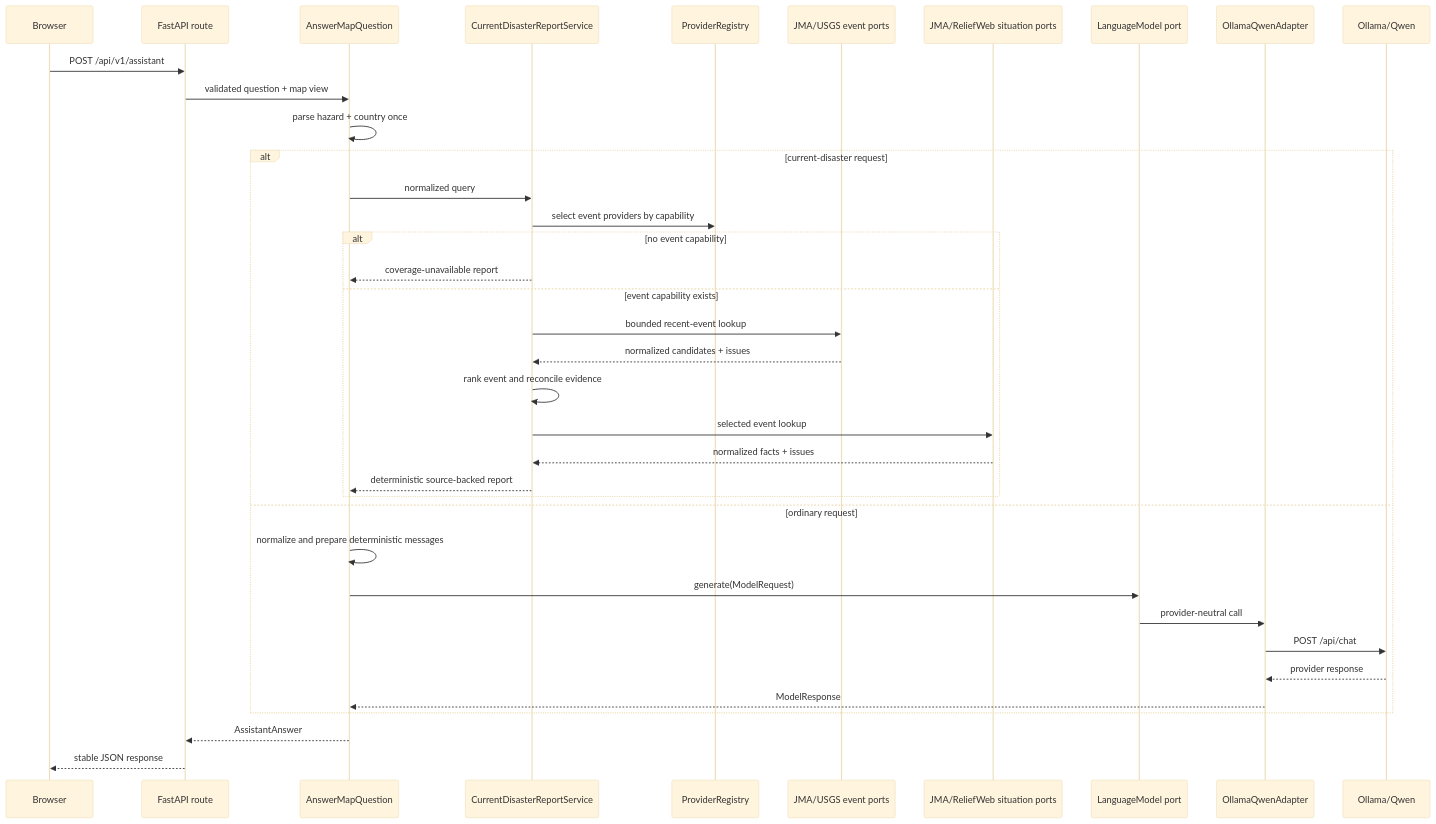
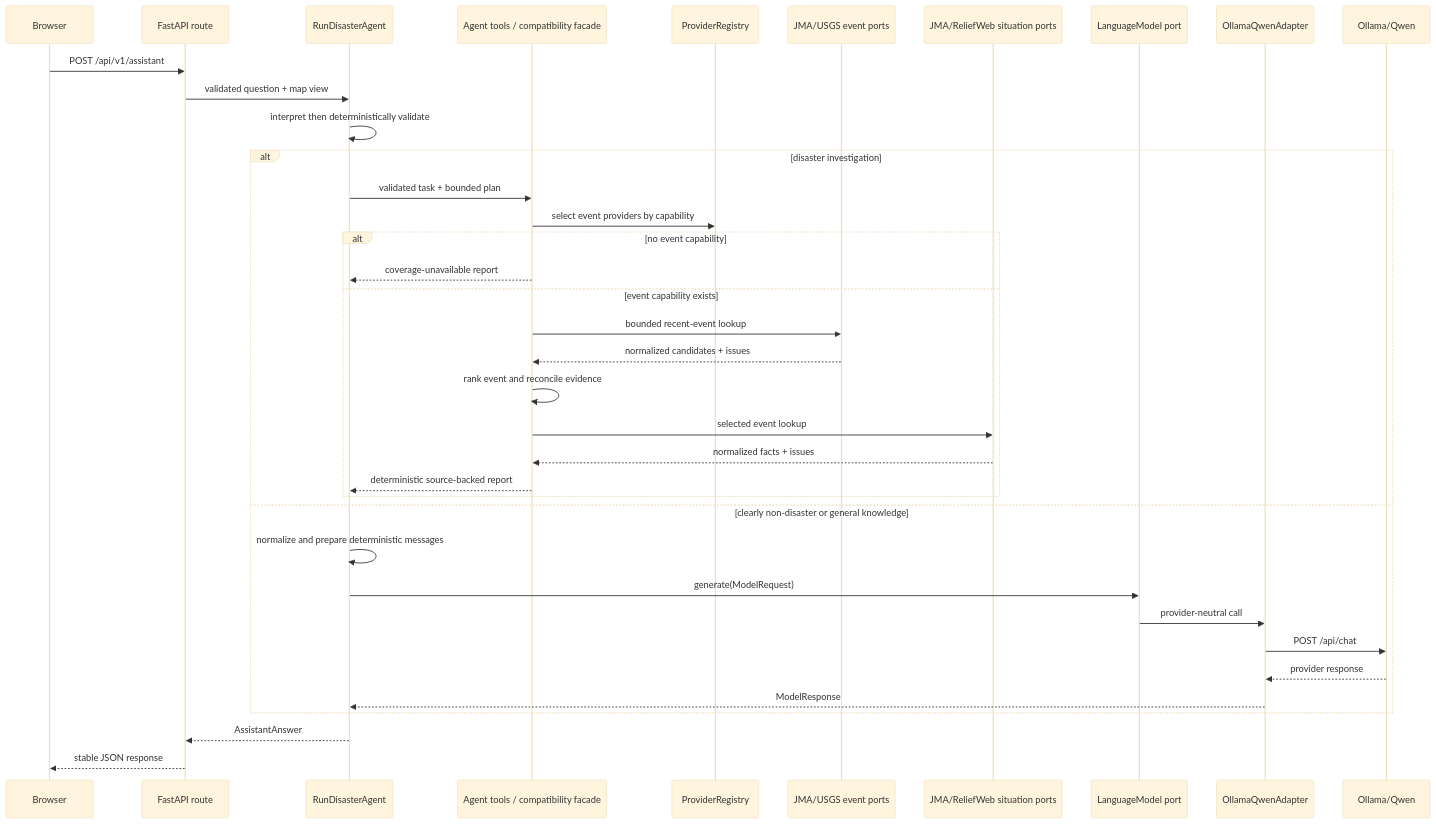
Before and after one commit to FearOfTheSea/DisasterMonitor: the second of 3 diagrams in docs/architecture.md, drawn with Mermaid (base theme). The commit also changed other lines of this file and 10 other files, not shown here.

Commit message:
docs: describe agent architecture and source playbooks

````diff
--- a/docs/architecture.md
+++ b/docs/architecture.md
@@ -24,40 +29,40 @@
 ```mermaid
 sequenceDiagram
     participant Browser
     participant Route as FastAPI route
-    participant UseCase as AnswerMapQuestion
-    participant Report as CurrentDisasterReportService
+    participant UseCase as RunDisasterAgent
+    participant Report as Agent tools / compatibility facade
     participant Registry as ProviderRegistry
     participant Events as JMA/USGS event ports
     participant Situation as JMA/ReliefWeb situation ports
     participant Port as LanguageModel port
     participant Adapter as OllamaQwenAdapter
     participant Model as Ollama/Qwen
 
     Browser->>Route: POST /api/v1/assistant
     Route->>UseCase: validated question + map view
-    UseCase->>UseCase: parse hazard + country once
-    alt current-disaster request
-        UseCase->>Report: normalized query
+    UseCase->>UseCase: interpret then deterministically validate
+    alt disaster investigation
+        UseCase->>Report: validated task + bounded plan
         Report->>Registry: select event providers by capability
         alt no event capability
             Report-->>UseCase: coverage-unavailable report
         else event capability exists
         Report->>Events: bounded recent-event lookup
         Events-->>Report: normalized candidates + issues
         Report->>Report: rank event and reconcile evidence
         Report->>Situation: selected event lookup
         Situation-->>Report: normalized facts + issues
         Report-->>UseCase: deterministic source-backed report
         end
-    else ordinary request
+    else clearly non-disaster or general knowledge
     UseCase->>UseCase: normalize and prepare deterministic messages
     UseCase->>Port: generate(ModelRequest)
     Port->>Adapter: provider-neutral call
     Adapter->>Model: POST /api/chat
     Model-->>Adapter: provider response
     Adapter-->>UseCase: ModelResponse
     end
     UseCase-->>Route: AssistantAnswer
     Route-->>Browser: stable JSON response
 ```
````
